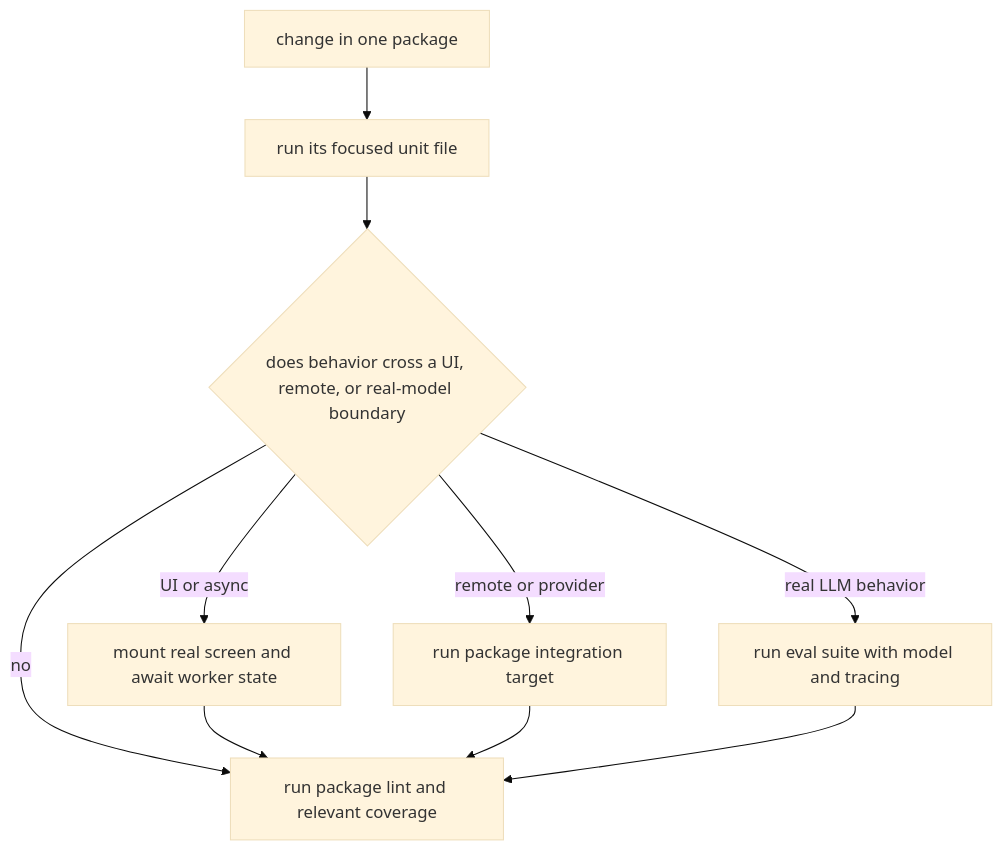
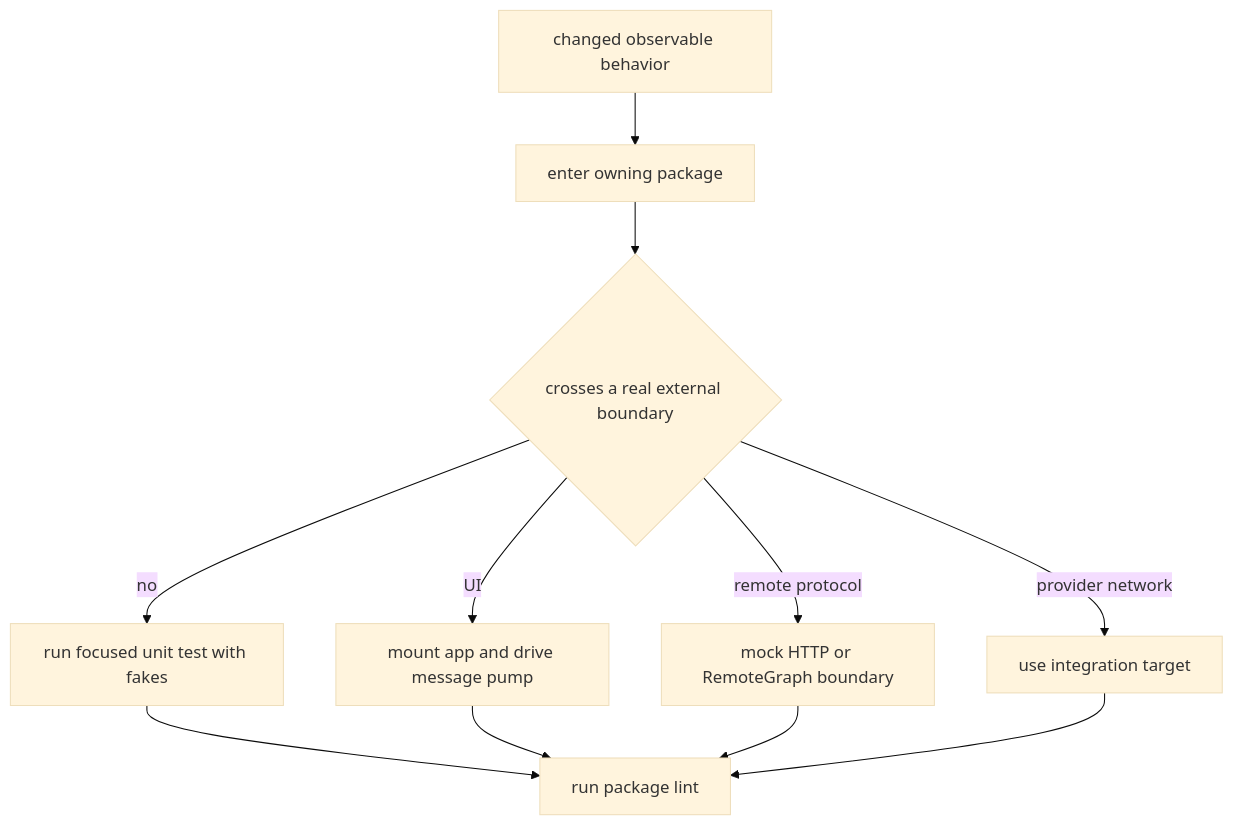
Before and after one commit to langchain-ai/deepagents: the first of 2 diagrams in openwiki/testing/testing-guide.md, drawn with Mermaid (base theme). The commit also changed other lines of this file and 35 other files, not shown here.

````diff
--- a/openwiki/testing/testing-guide.md
+++ b/openwiki/testing/testing-guide.md
@@ -59,12 +77,13 @@
 ```mermaid
 flowchart TD
-    Change["change in one package"] --> Narrow["run its focused unit file"]
-    Narrow --> Boundary{"does behavior cross a UI, remote, or real-model boundary"}
-    Boundary -->|no| Quality["run package lint and relevant coverage"]
-    Boundary -->|UI or async| Mounted["mount real screen and await worker state"]
-    Boundary -->|remote or provider| Integration["run package integration target"]
-    Boundary -->|real LLM behavior| Eval["run eval suite with model and tracing"]
-    Mounted --> Quality
-    Integration --> Quality
-    Eval --> Quality
+    Change["changed observable behavior"] --> Package["enter owning package"]
+    Package --> Boundary{"crosses a real external boundary"}
+    Boundary -->|"no"| Unit["run focused unit test with fakes"]
+    Boundary -->|"UI"| TUI["mount app and drive message pump"]
+    Boundary -->|"remote protocol"| Transport["mock HTTP or RemoteGraph boundary"]
+    Boundary -->|"provider network"| Integration["use integration target"]
+    Unit --> Lint["run package lint"]
+    TUI --> Lint
+    Transport --> Lint
+    Integration --> Lint
 ```
````
